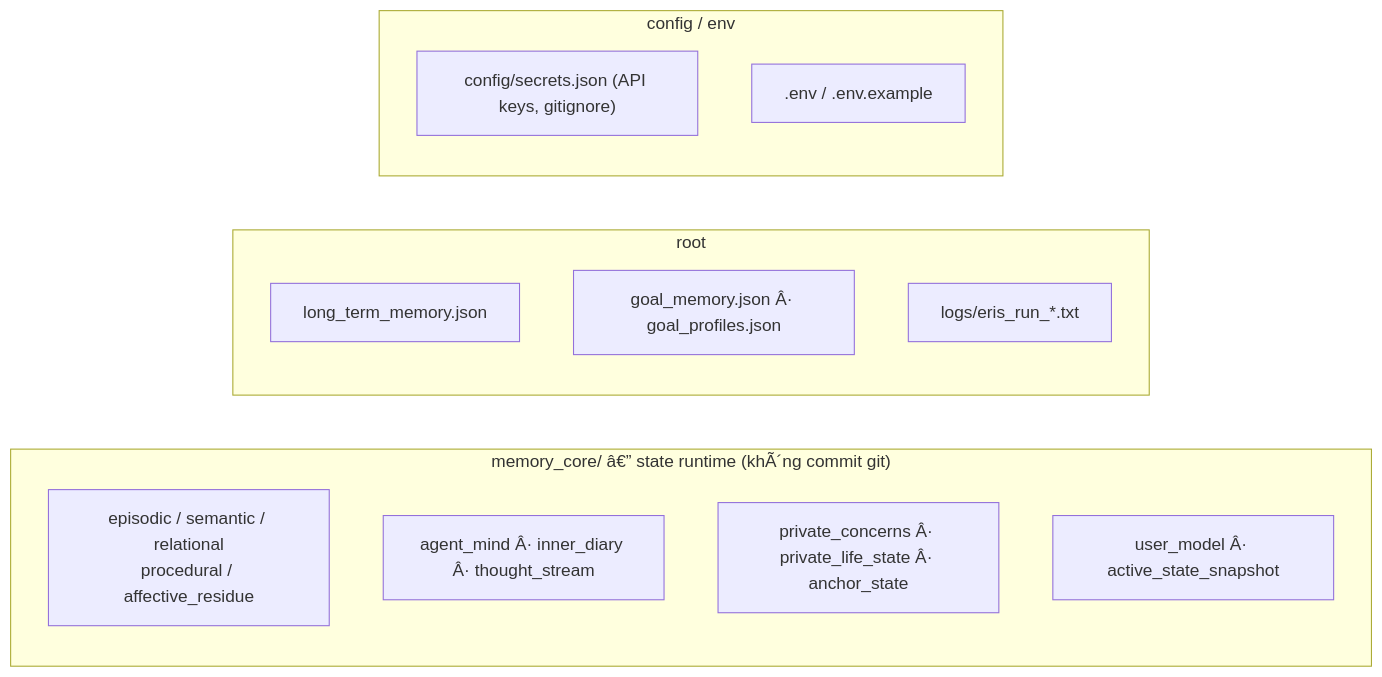
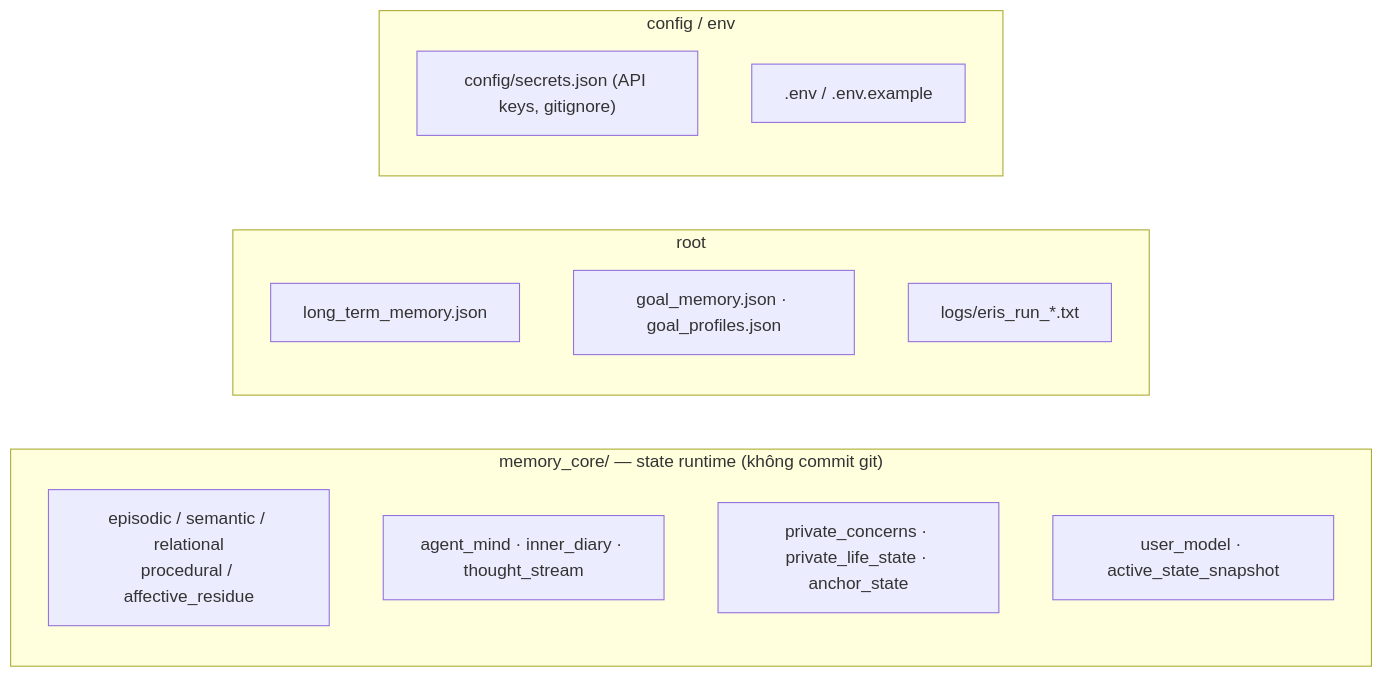
One commit to Gtvkun-ai/eris changed the fifth of 5 diagrams in docs/architecture-graph.md. Above: the diagram before and after it, drawn with Mermaid. The commit also changed other lines of this file and 25 other files, not shown here.

````diff
--- a/docs/architecture-graph.md
+++ b/docs/architecture-graph.md
@@ -155,18 +155,18 @@
 ```mermaid
 flowchart LR
-    subgraph MC["memory_core/ â€” state runtime (khÃ´ng commit git)"]
+    subgraph MC["memory_core/ — state runtime (không commit git)"]
         EP["episodic / semantic / relational<br/>procedural / affective_residue"]
-        MIND["agent_mind Â· inner_diary Â· thought_stream"]
-        LIFE["private_concerns Â· private_life_state Â· anchor_state"]
-        USER["user_model Â· active_state_snapshot"]
+        MIND["agent_mind · inner_diary · thought_stream"]
+        LIFE["private_concerns · private_life_state · anchor_state"]
+        USER["user_model · active_state_snapshot"]
     end
     subgraph ROOT["root"]
         LTM["long_term_memory.json"]
-        GOAL["goal_memory.json Â· goal_profiles.json"]
+        GOAL["goal_memory.json · goal_profiles.json"]
         LOGS["logs/eris_run_*.txt"]
     end
     subgraph CFG["config / env"]
         SEC["config/secrets.json (API keys, gitignore)"]
         ENVF[".env / .env.example"]
     end
 ```
````
